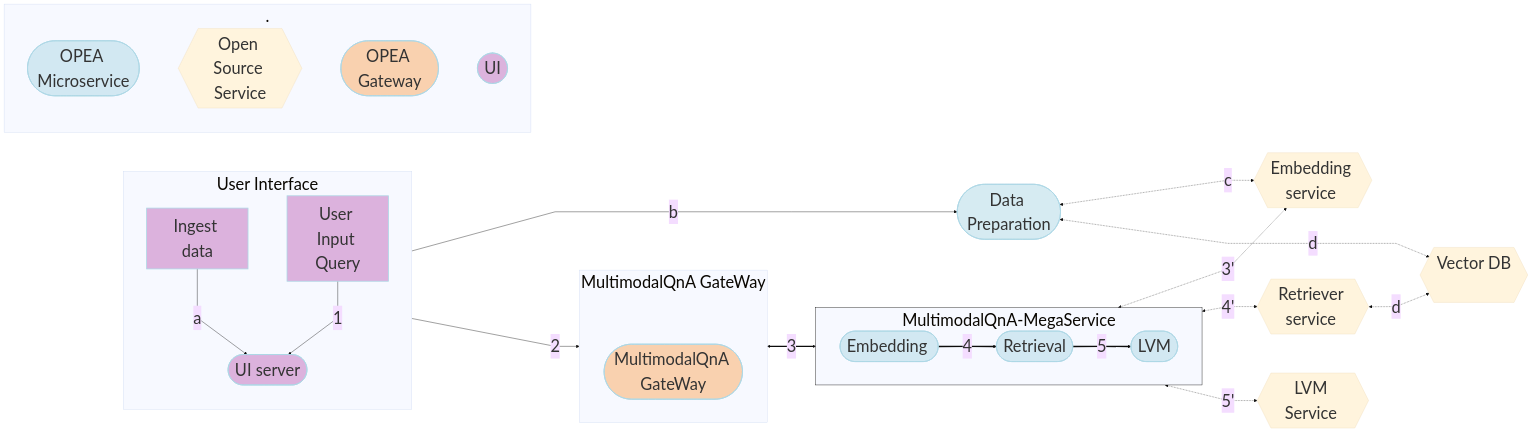
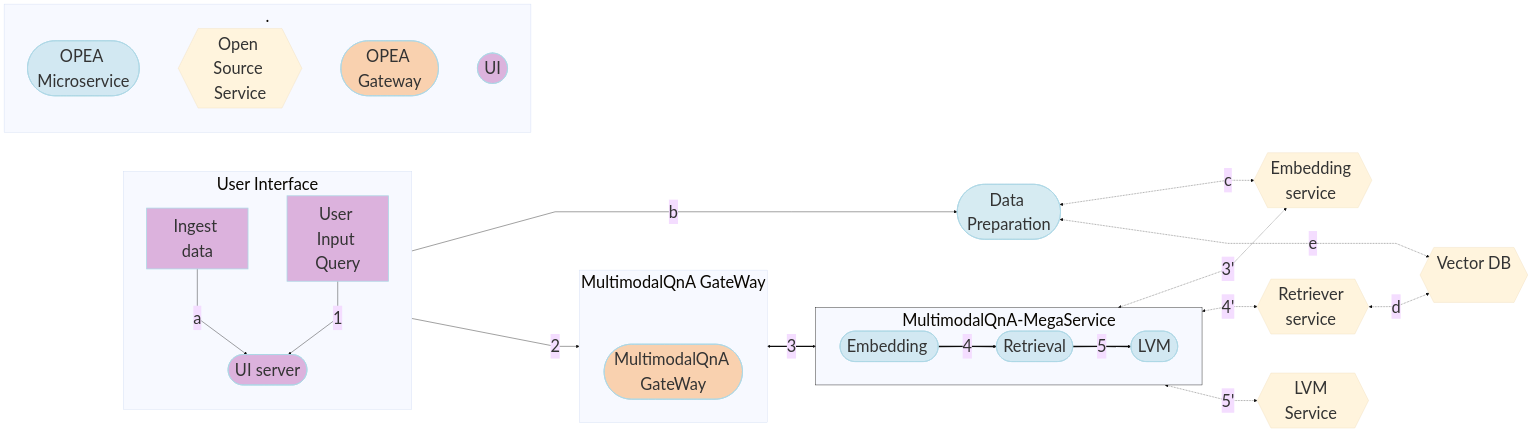
Before and after one commit to opea-project/GenAIExamples: the diagram in MultimodalQnA/README.md, drawn with Mermaid.

````diff
--- a/MultimodalQnA/README.md
+++ b/MultimodalQnA/README.md
@@ -13,80 +13,80 @@
 ```mermaid
 ---
 config:
   flowchart:
     nodeSpacing: 100
     rankSpacing: 100
     curve: linear
   theme: base
   themeVariables:
     fontSize: 42px
 ---
 flowchart LR
     %% Colors %%
     classDef blue fill:#ADD8E6,stroke:#ADD8E6,stroke-width:2px,fill-opacity:0.5
     classDef orange fill:#FBAA60,stroke:#ADD8E6,stroke-width:2px,fill-opacity:0.5
     classDef orchid fill:#C26DBC,stroke:#ADD8E6,stroke-width:2px,fill-opacity:0.5
     classDef invisible fill:transparent,stroke:transparent;
     style MultimodalQnA-MegaService stroke:#000000
     %% Subgraphs %%
     subgraph MultimodalQnA-MegaService["MultimodalQnA-MegaService"]
         direction LR
         EM([Embedding <br>]):::blue
         RET([Retrieval <br>]):::blue
         LVM([LVM <br>]):::blue
     end
     subgraph User Interface
         direction TB
         a([User Input Query]):::orchid
         Ingest([Ingest data]):::orchid
         UI([UI server<br>]):::orchid
     end
     subgraph MultimodalQnA GateWay
         direction LR
         invisible1[ ]:::invisible
         GW([MultimodalQnA GateWay<br>]):::orange
     end
     subgraph .
         X([OPEA Microservice]):::blue
         Y{{Open Source Service}}
         Z([OPEA Gateway]):::orange
         Z1([UI]):::orchid
     end
 
     TEI_EM{{Embedding service <br>}}
     VDB{{Vector DB<br><br>}}
     R_RET{{Retriever service <br>}}
     DP([Data Preparation<br>]):::blue
     LVM_gen{{LVM Service <br>}}
 
     %% Data Preparation flow
     %% Ingest data flow
     direction LR
     Ingest[Ingest data] -->|a| UI
     UI -->|b| DP
     DP <-.->|c| TEI_EM
 
     %% Questions interaction
     direction LR
     a[User Input Query] -->|1| UI
     UI -->|2| GW
     GW <==>|3| MultimodalQnA-MegaService
     EM ==>|4| RET
     RET ==>|5| LVM
 
 
     %% Embedding service flow
     direction TB
     EM <-.->|3'| TEI_EM
     RET <-.->|4'| R_RET
     LVM <-.->|5'| LVM_gen
 
     direction TB
     %% Vector DB interaction
     R_RET <-.->|d|VDB
-    DP <-.->|d|VDB
+    DP <-.->|e|VDB
 
 
 
 
 ```
````
